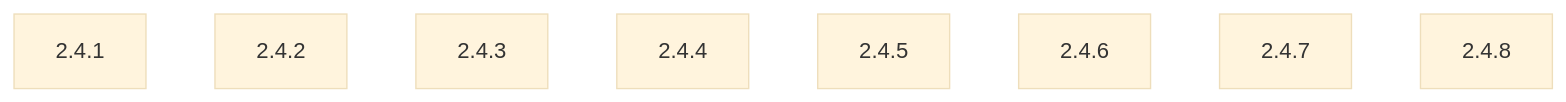
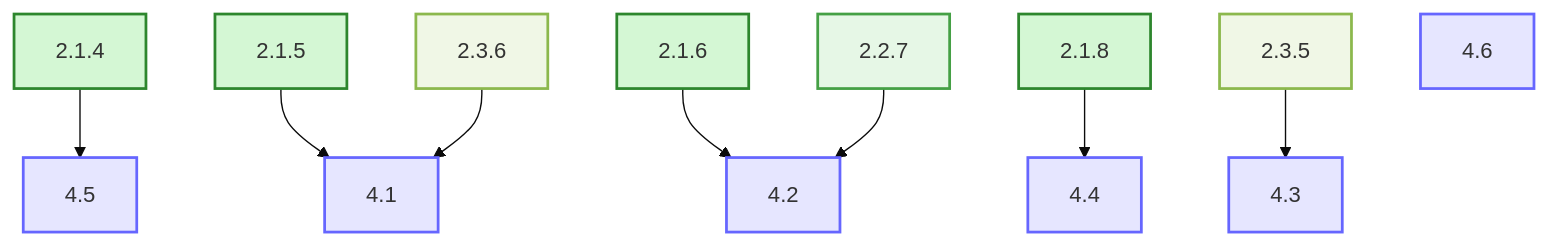
The seventh of 11 diagrams in docs/planning.md (Oldranda1414/SP2PFL-ProjectManagement), drawn with Mermaid (base theme) before and after one commit. The commit also changed other lines of this file, not shown here.

Commit message:
completed mini dependency graphs

````diff
--- a/docs/planning.md
+++ b/docs/planning.md
@@ -590,15 +679,31 @@
 ```mermaid
 graph TD
     %% Activities
-    2.4.1:::storage
-    2.4.2:::storage
-    2.4.3:::storage
-    2.4.4:::storage
-    2.4.5:::storage
-    2.4.6:::storage
-    2.4.7:::storage
-    2.4.8:::storage
+    2.1.4:::core
+    2.1.5:::core
+    2.1.6:::core
+    2.1.8:::core
+    2.2.7:::model
+    2.3.5:::security
+    2.3.6:::security
+    4.1:::fl
+    4.2:::fl
+    4.3:::fl
+    4.4:::fl
+    4.5:::fl
+    4.6:::fl
+    
+    %% Dependencies
+    2.1.4 --> 4.5
+    2.1.5 --> 4.1
+    2.1.6 --> 4.2
+    2.1.8 --> 4.4
+    2.2.7 --> 4.2
+    2.3.5 --> 4.3
+    2.3.6 --> 4.1
 
-
-    %% Dependencies
+    classDef core fill:#d4f7d4,stroke:#2d862d,stroke-width:2px
+    classDef model fill:#e6f7e6,stroke:#45a045,stroke-width:2px
+    classDef security fill:#f0f7e6,stroke:#8cb84d,stroke-width:2px
+    classDef fl fill:#e6e6ff,stroke:#6666ff,stroke-width:2px
 ```
````
